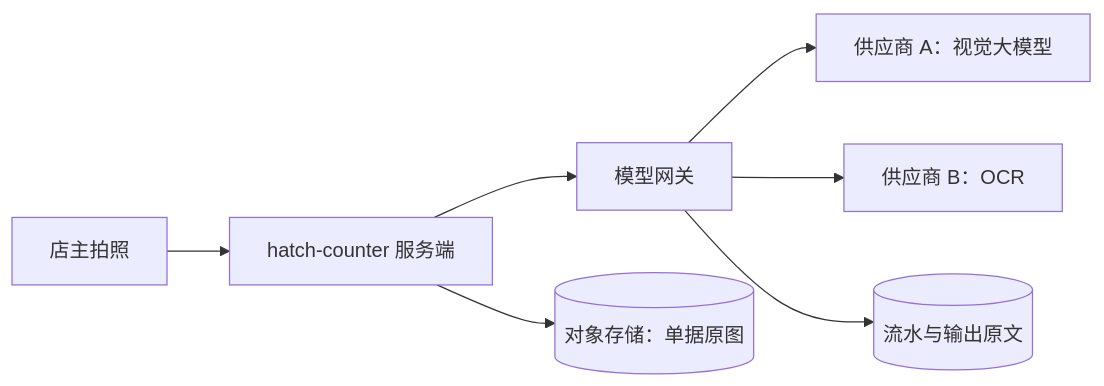
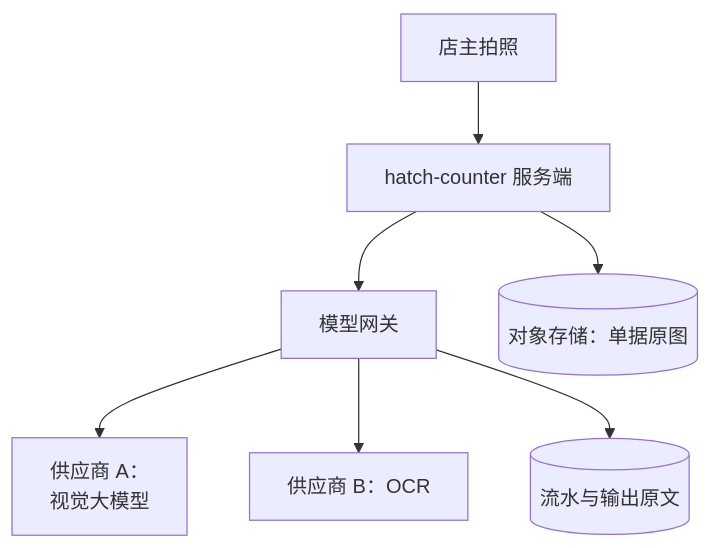
The diagram in books/llmops/08-data-compliance.md (jarvis-pro/hatch-shelf), drawn with Mermaid before and after one commit. The commit also changed 432 other files, not shown here.

````diff
--- a/books/llmops/08-data-compliance.md
+++ b/books/llmops/08-data-compliance.md
@@ -11,9 +11,9 @@
 ```mermaid
-flowchart LR
+flowchart TD
   O[店主拍照] --> API[hatch-counter 服务端]
   API --> G[模型网关]
-  G --> P1["供应商 A：视觉大模型"]
+  G --> P1["供应商 A：<br/>视觉大模型"]
   G --> P2["供应商 B：OCR"]
   G --> L[("流水与输出原文")]
   API --> S[("对象存储：单据原图")]
 ```
````
